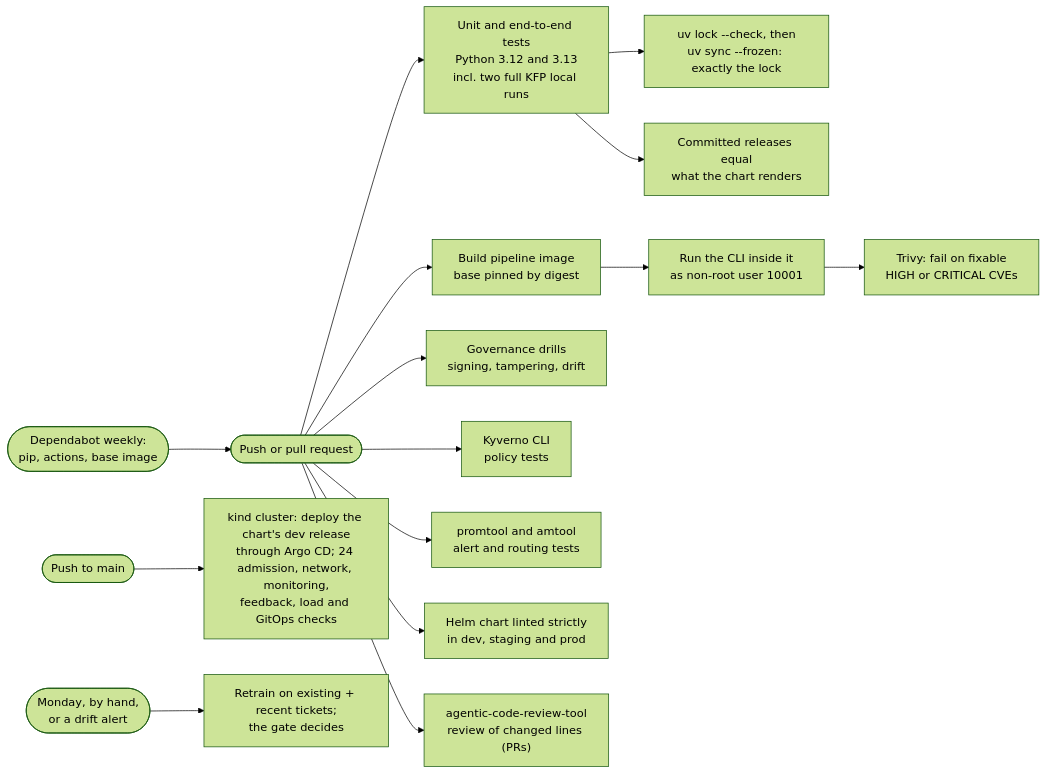
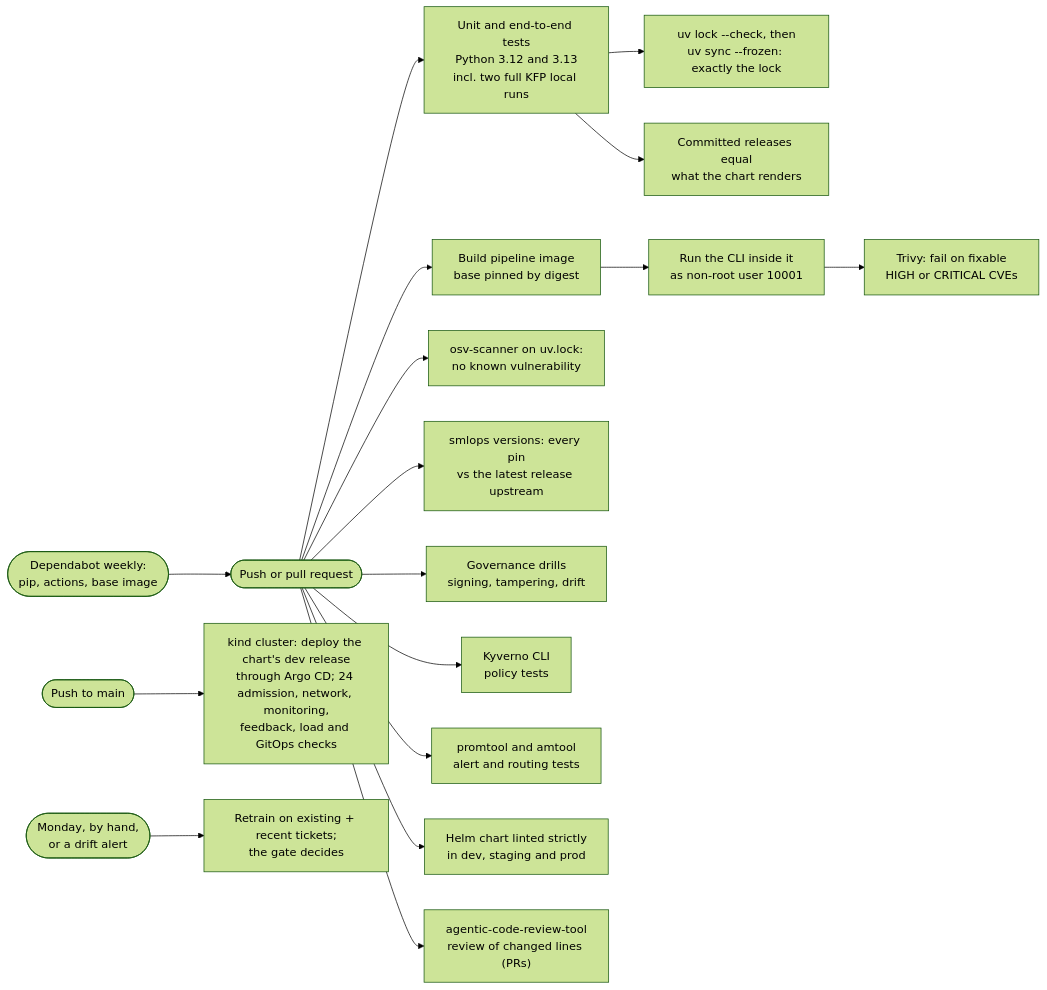
One commit to sunilmehta-si/kubernetes-secure-mlops-pipeline changed the sixth of 6 diagrams in docs/architecture.md. Above: the diagram before and after it, drawn with Mermaid (forest theme). The commit also changed 3 other files, not shown here.

Commit message:
Docs: staying patched is two checks on every run (osv-scanner on the lock, smlops versions on the pins), and the week that showed why

````diff
--- a/docs/architecture.md
+++ b/docs/architecture.md
@@ -179,17 +179,19 @@
 ```mermaid
 flowchart LR
     PR(["Push or pull request"]) --> T["Unit and end-to-end tests<br/>Python 3.12 and 3.13<br/>incl. two full KFP local runs"]
     T --> L["uv lock --check, then<br/>uv sync --frozen: exactly the lock"]
     PR --> I["Build pipeline image<br/>base pinned by digest"]
     I --> U["Run the CLI inside it<br/>as non-root user 10001"]
     U --> V["Trivy: fail on fixable<br/>HIGH or CRITICAL CVEs"]
+    PR --> O["osv-scanner on uv.lock:<br/>no known vulnerability"]
+    PR --> VD["smlops versions: every pin<br/>vs the latest release upstream"]
     PR --> D["Governance drills<br/>signing, tampering, drift"]
     PR --> P["Kyverno CLI<br/>policy tests"]
     PR --> A["promtool and amtool<br/>alert and routing tests"]
     PR --> H["Helm chart linted strictly<br/>in dev, staging and prod"]
     T --> RR["Committed releases equal<br/>what the chart renders"]
     PR --> C["agentic-code-review-tool<br/>review of changed lines (PRs)"]
     M(["Push to main"]) --> K["kind cluster: deploy the chart's dev release<br/>through Argo CD; 24 admission, network, monitoring,<br/>feedback, load and GitOps checks"]
     S(["Monday, by hand,<br/>or a drift alert"]) --> R["Retrain on existing + recent tickets;<br/>the gate decides"]
     DB(["Dependabot weekly:<br/>pip, actions, base image"]) --> PR
 ```
````
